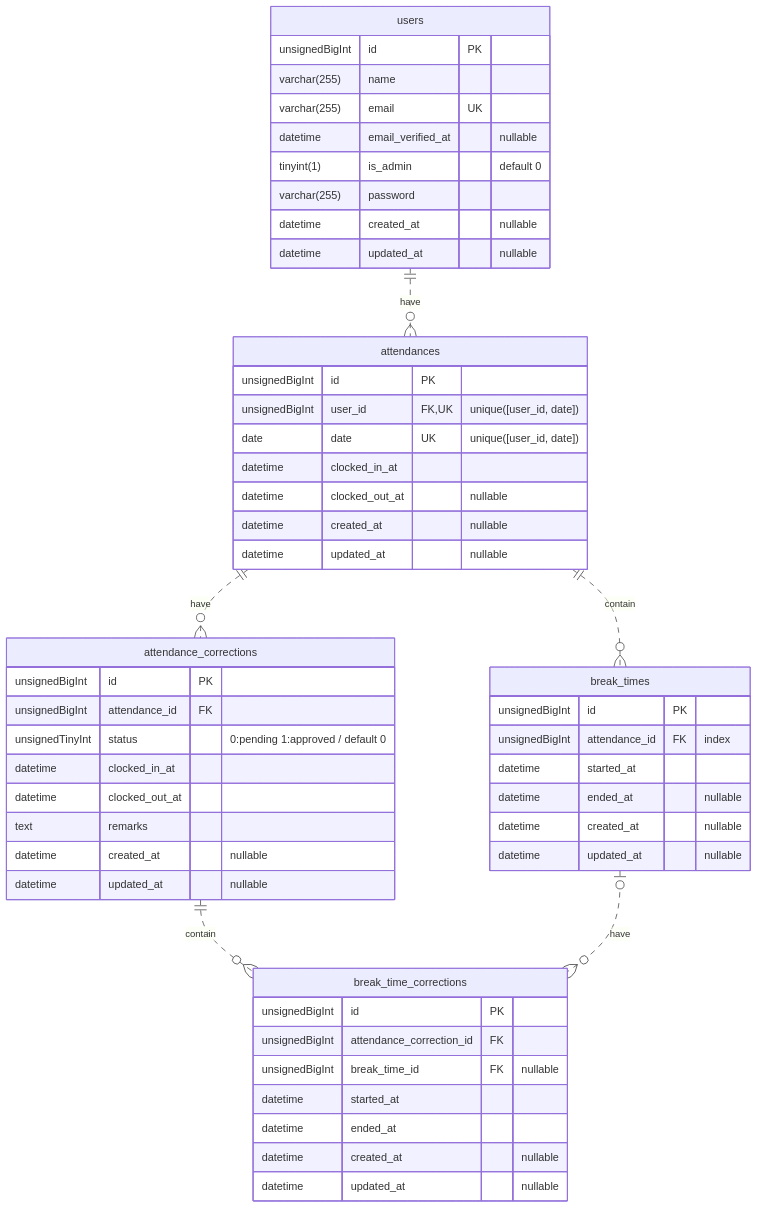
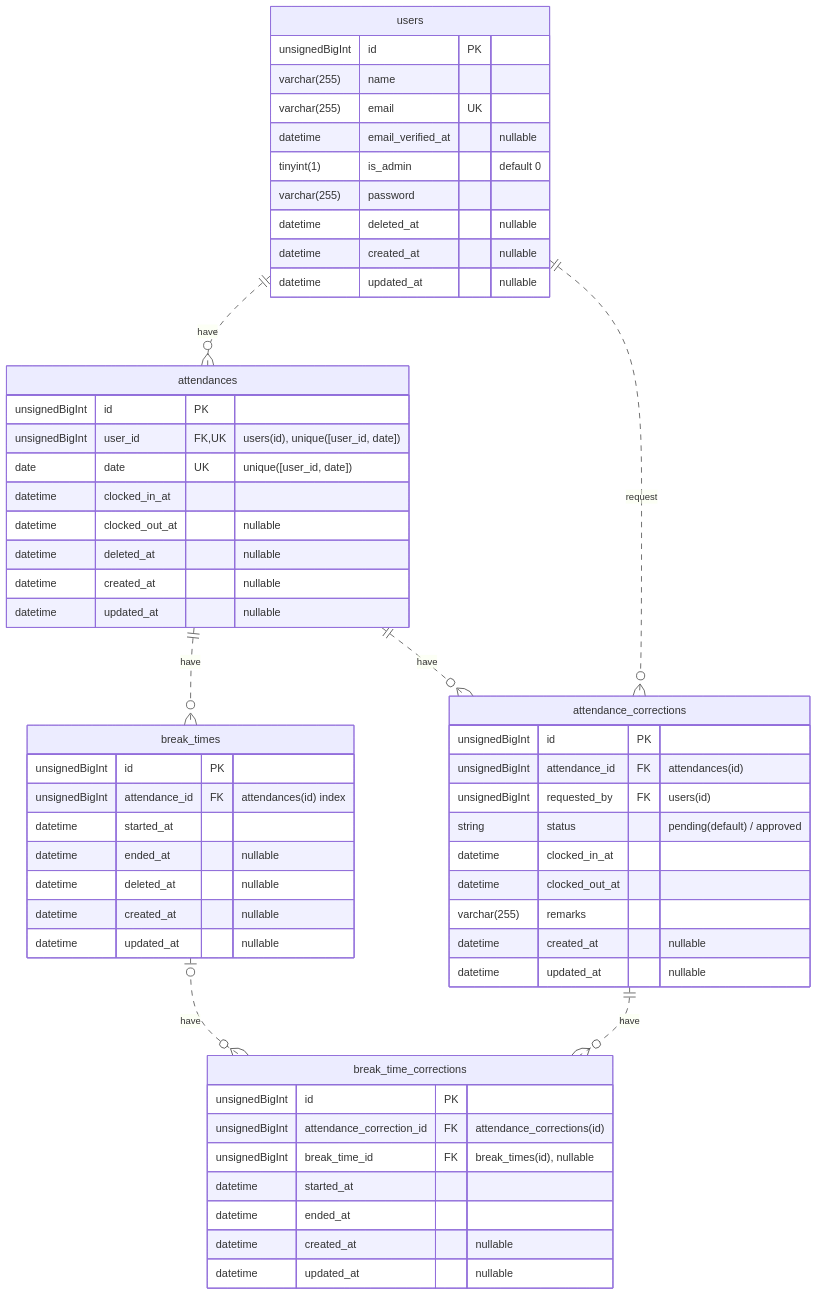
One commit to sangwon-lee302/time-and-attendance changed the diagram in README.md. Above: the diagram before and after it, drawn with Mermaid. The commit also changed 37 other files, not shown here.

First line of the commit message:
feat: hide admin corrections from correction index page (#79) (#81)

````diff
--- a/README.md
+++ b/README.md
@@ -31,59 +31,64 @@
 ```mermaid
 erDiagram
     users ||..o{ attendances: "have"
-    attendances ||..o{ break_times: "contain"
+    users ||..o{ attendance_corrections: "request"
+    attendances ||..o{ break_times: "have"
     attendances ||..o{ attendance_corrections: "have"
-    attendance_corrections ||..o{ break_time_corrections: "contain"
     break_times |o..o{ break_time_corrections: "have"
+    attendance_corrections ||..o{ break_time_corrections: "have"
 
     users {
         unsignedBigInt id PK
         varchar(255) name
         varchar(255) email UK
         datetime email_verified_at "nullable"
         tinyint(1) is_admin "default 0"
         varchar(255) password
+        datetime deleted_at "nullable"
         datetime created_at "nullable"
         datetime updated_at "nullable"
     }
 
     attendances {
         unsignedBigInt id PK
-        unsignedBigInt user_id FK, UK "unique([user_id, date])"
+        unsignedBigInt user_id FK, UK "users(id), unique([user_id, date])"
         date date UK "unique([user_id, date])"
         datetime clocked_in_at
         datetime clocked_out_at "nullable"
+        datetime deleted_at "nullable"
         datetime created_at "nullable"
         datetime updated_at "nullable"
     }
 
     break_times {
         unsignedBigInt id PK
-        unsignedBigInt attendance_id FK "index"
+        unsignedBigInt attendance_id FK "attendances(id) index"
         datetime started_at
         datetime ended_at "nullable"
+        datetime deleted_at "nullable"
         datetime created_at "nullable"
         datetime updated_at "nullable"
     }
 
     attendance_corrections {
         unsignedBigInt id PK
-        unsignedBigInt attendance_id FK
-        unsignedTinyInt status "0:pending 1:approved / default 0"
+        unsignedBigInt attendance_id FK "attendances(id)"
+        unsignedBigInt requested_by FK "users(id)"
+        string status "pending(default) / approved"
         datetime clocked_in_at
         datetime clocked_out_at
-        text remarks
+        varchar(255) remarks
         datetime created_at "nullable"
         datetime updated_at "nullable"
     }
 
     break_time_corrections {
         unsignedBigInt id PK
-        unsignedBigInt attendance_correction_id FK
-        unsignedBigInt break_time_id FK "nullable"
+        unsignedBigInt attendance_correction_id FK "attendance_corrections(id)"
+        unsignedBigInt break_time_id FK "break_times(id), nullable"
         datetime started_at
         datetime ended_at
         datetime created_at "nullable"
         datetime updated_at "nullable"
     }
 ```
````
